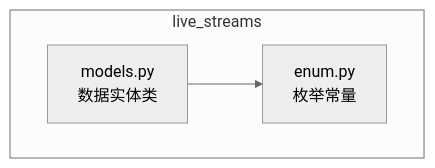
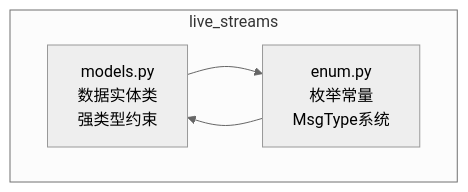
The first of 3 diagrams in .qoder/repowiki/zh/content/核心架构/数据模型.md (laowumdzz/Blive-Bot), drawn with Mermaid (neutral theme) before and after one commit. The commit also changed other lines of this file and 12 other files, not shown here.

````diff
--- a/.qoder/repowiki/zh/content/核心架构/数据模型.md
+++ b/.qoder/repowiki/zh/content/核心架构/数据模型.md
@@ -29,8 +38,9 @@
 ```mermaid
 graph TB
 subgraph "live_streams"
-M["models.py<br/>数据实体类"]
-E["enum.py<br/>枚举常量"]
+M["models.py<br/>数据实体类<br/>强类型约束"]
+E["enum.py<br/>枚举常量<br/>MsgType系统"]
 end
 M --> E
+E --> M
 ```
````
